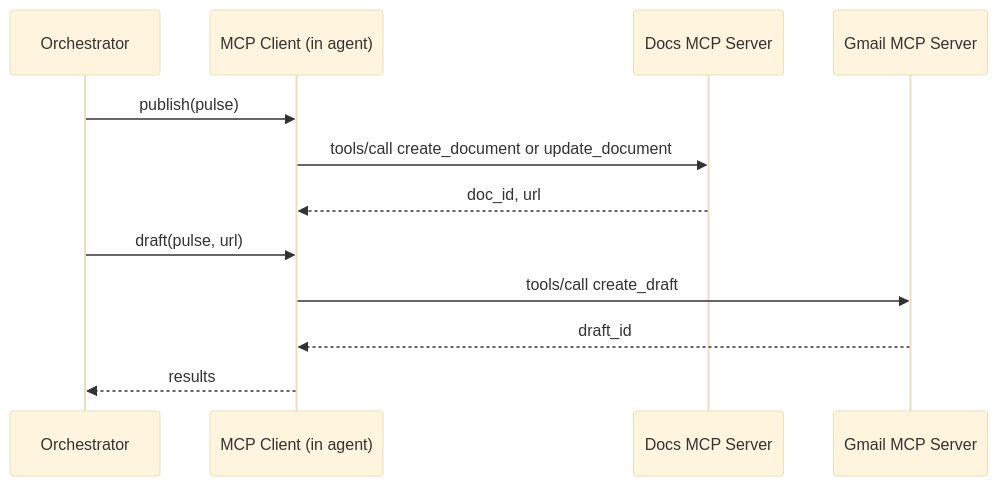
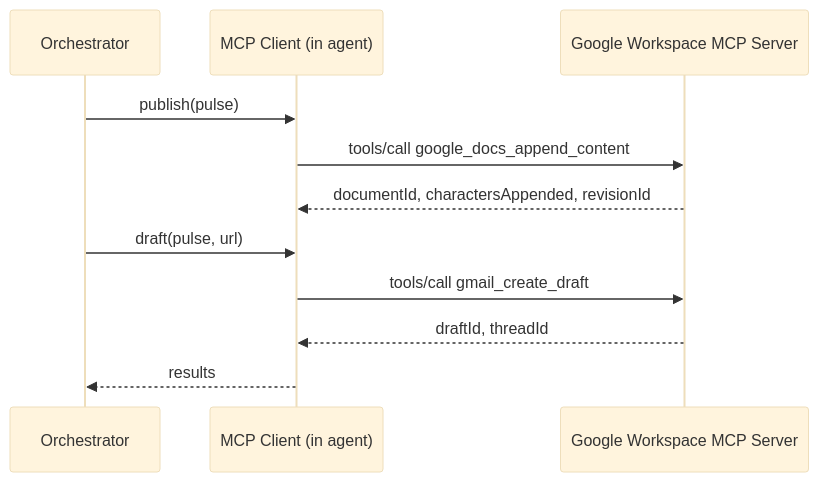
The fourth of 4 diagrams in docs/architecture.md (hardasprachti/AgenticAI_Project), drawn with Mermaid (base theme) before and after one commit. The commit also changed other lines of this file and 8 other files, not shown here.

First line of the commit message:
Align plan, config and docs with the single Google Workspace MCP server

````diff
--- a/docs/architecture.md
+++ b/docs/architecture.md
@@ -311,14 +314,13 @@
 ```mermaid
 sequenceDiagram
     participant O as Orchestrator
     participant C as MCP Client (in agent)
-    participant D as Docs MCP Server
-    participant G as Gmail MCP Server
+    participant S as Google Workspace MCP Server
     O->>C: publish(pulse)
-    C->>D: tools/call create_document or update_document
-    D-->>C: doc_id, url
+    C->>S: tools/call google_docs_append_content
+    S-->>C: documentId, charactersAppended, revisionId
     O->>C: draft(pulse, url)
-    C->>G: tools/call create_draft
-    G-->>C: draft_id
+    C->>S: tools/call gmail_create_draft
+    S-->>C: draftId, threadId
     C-->>O: results
 ```
````
